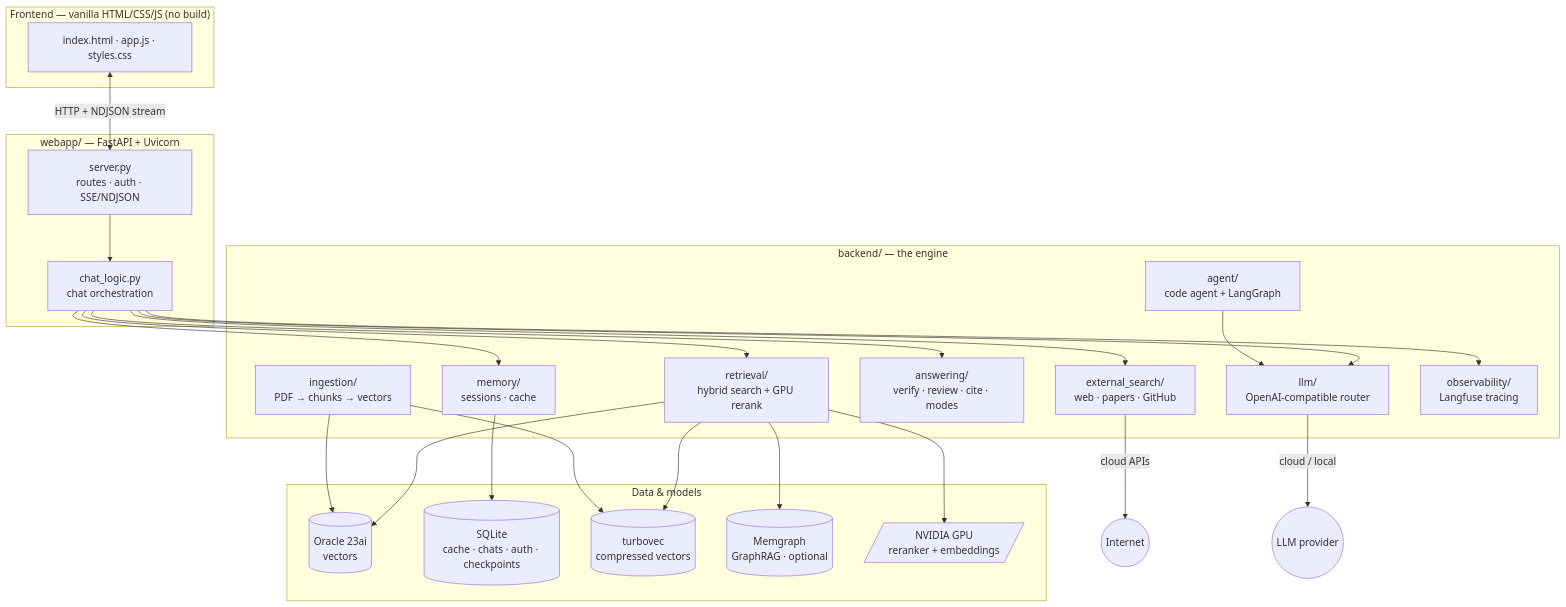
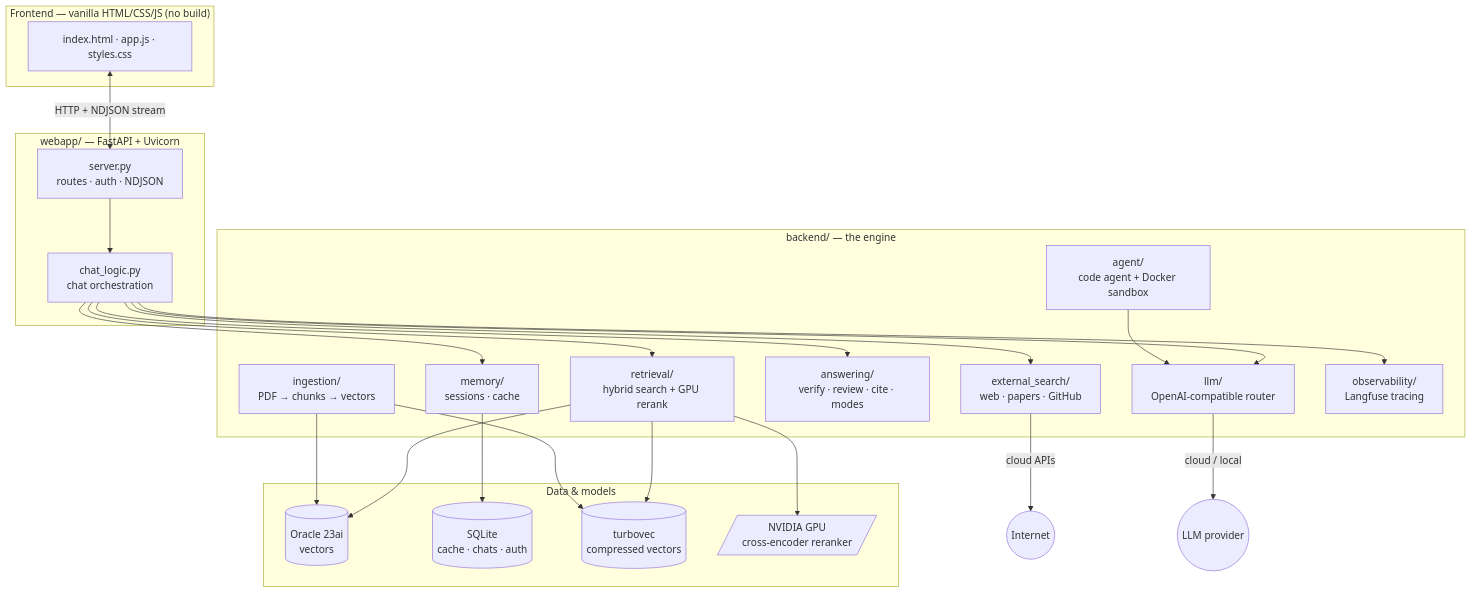
Before and after one commit to anistondeveloperteam-ANT/Audio-research-assistant: the first of 5 diagrams in docs/ARCHITECTURE.md, drawn with Mermaid. The commit also changed other lines of this file and 28 other files, not shown here.

````diff
--- a/docs/ARCHITECTURE.md
+++ b/docs/ARCHITECTURE.md
@@ -13,35 +13,34 @@
 ```mermaid
 flowchart TB
     subgraph UI["Frontend — vanilla HTML/CSS/JS (no build)"]
       B[index.html · app.js · styles.css]
     end
     subgraph API["webapp/ — FastAPI + Uvicorn"]
-      S[server.py<br/>routes · auth · SSE/NDJSON]
+      S[server.py<br/>routes · auth · NDJSON]
       CL[chat_logic.py<br/>chat orchestration]
     end
     subgraph CORE["backend/ — the engine"]
       RET[retrieval/<br/>hybrid search + GPU rerank]
       EXT[external_search/<br/>web · papers · GitHub]
       LLM[llm/<br/>OpenAI-compatible router]
       ANS[answering/<br/>verify · review · cite · modes]
-      AG[agent/<br/>code agent + LangGraph]
+      AG[agent/<br/>code agent + Docker sandbox]
       ING[ingestion/<br/>PDF → chunks → vectors]
       MEM[memory/<br/>sessions · cache]
       OBS[observability/<br/>Langfuse tracing]
     end
     subgraph DATA["Data & models"]
       ORA[(Oracle 23ai<br/>vectors)]
-      SQL[(SQLite<br/>cache · chats · auth · checkpoints)]
+      SQL[(SQLite<br/>cache · chats · auth)]
       TV[(turbovec<br/>compressed vectors)]
-      MG[(Memgraph<br/>GraphRAG · optional)]
-      GPU[/NVIDIA GPU<br/>reranker + embeddings/]
+      GPU[/NVIDIA GPU<br/>cross-encoder reranker/]
     end
     B <-->|HTTP + NDJSON stream| S --> CL
     CL --> RET & EXT & LLM & ANS & MEM & OBS
     AG --> LLM
-    RET --> ORA & TV & MG & GPU
+    RET --> ORA & TV & GPU
     ING --> ORA & TV
     MEM --> SQL
     EXT -->|cloud APIs| Web((Internet))
     LLM -->|cloud / local| Models((LLM provider))
 ```
````
